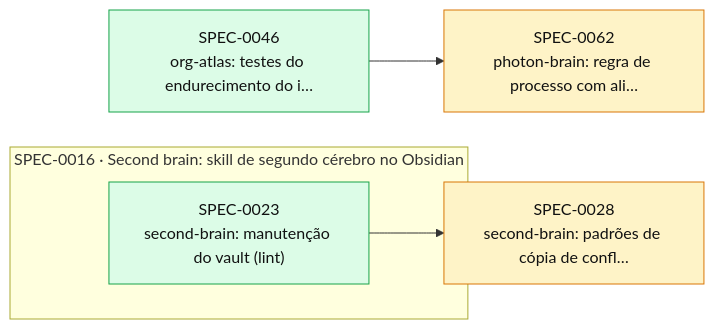
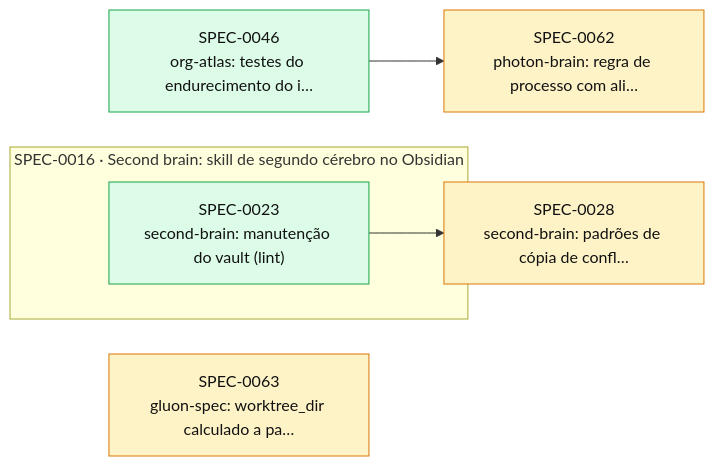
The diagram in docs/specs/INDEX.md (thomasravache/ai-dev-brain), drawn with Mermaid before and after one commit. The commit also changed other lines of this file and 1 other file, not shown here.

First line of the commit message:
docs(specs): G0 da SPEC-0063

````diff
--- a/docs/specs/INDEX.md
+++ b/docs/specs/INDEX.md
@@ -49,16 +50,17 @@
 ```mermaid
 flowchart LR
   S0028["SPEC-0028<br/>second-brain: padrões de cópia de confl…"]:::proposed
   S0046["SPEC-0046<br/>org-atlas: testes do endurecimento do i…"]:::implemented
   S0062["SPEC-0062<br/>photon-brain: regra de processo com ali…"]:::proposed
+  S0063["SPEC-0063<br/>gluon-spec: worktree_dir calculado a pa…"]:::proposed
   subgraph E0016["SPEC-0016 · Second brain: skill de segundo cérebro no Obsidian"]
     S0023["SPEC-0023<br/>second-brain: manutenção do vault (lint)"]:::implemented
   end
   S0023 --> S0028
   S0046 --> S0062
   classDef proposed fill:#fef3c7,stroke:#d97706,color:#111
   classDef approved fill:#dbeafe,stroke:#2563eb,color:#111
   classDef inprogress fill:#ede9fe,stroke:#7c3aed,color:#111
   classDef implemented fill:#dcfce7,stroke:#16a34a,color:#111
   classDef deprecated fill:#f3f4f6,stroke:#9ca3af,color:#6b7280
 ```
````
